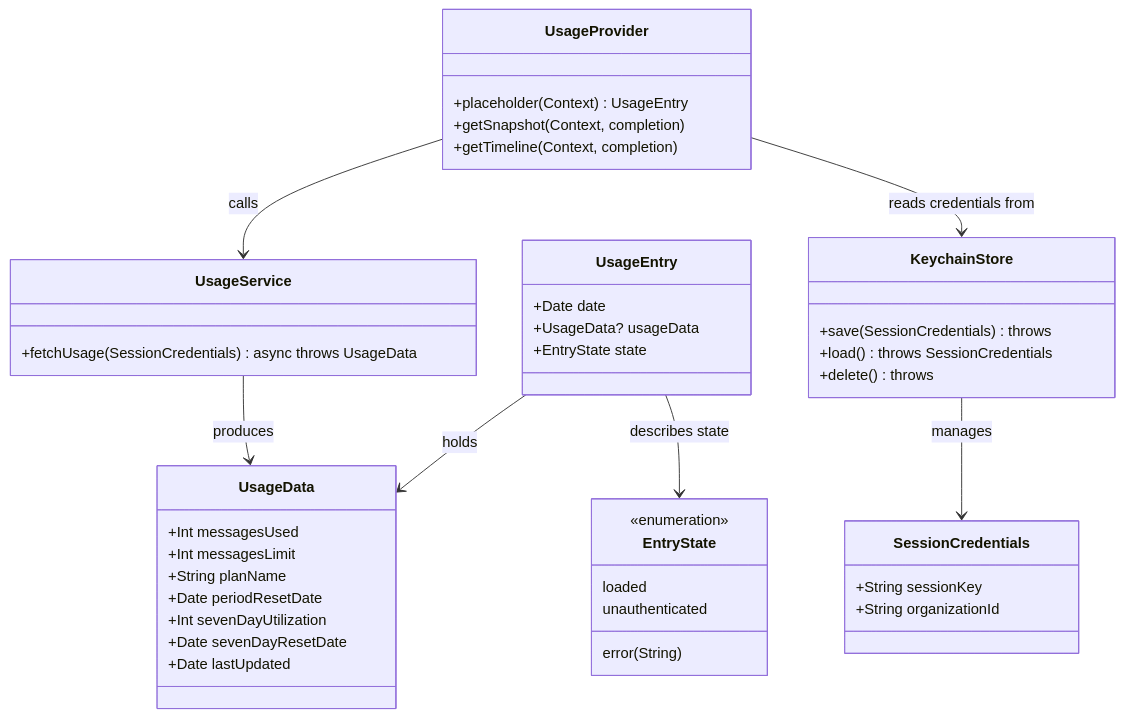
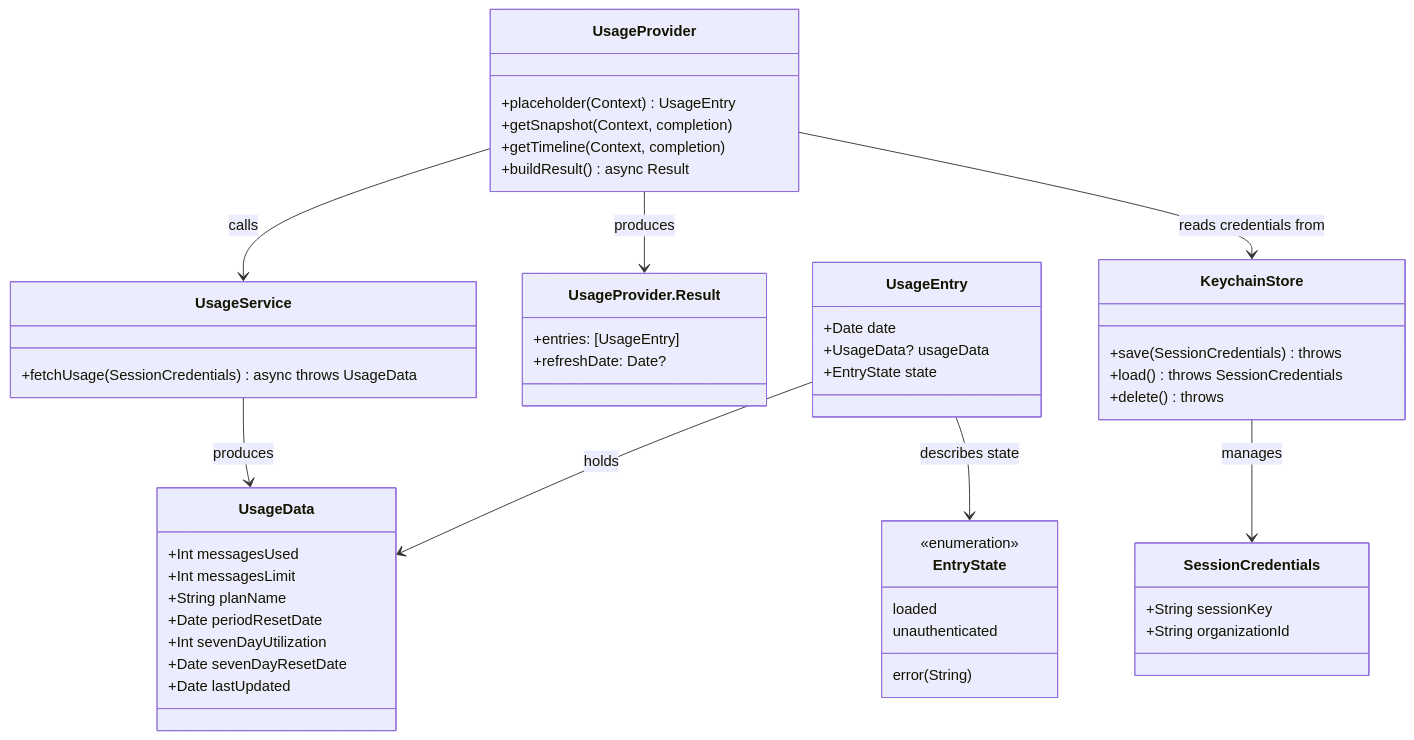
One commit to sergei-matheson/claude-usage-widget changed the diagram in spdd/prompt/GGQPA-XXX-202605221558-[Feat]-widget-claude-usage-macos-widgetkit.md. Above: the diagram before and after it, drawn with Mermaid. The commit also changed other lines of this file, not shown here.

````diff
--- a/spdd/prompt/GGQPA-XXX-202605221558-[Feat]-widget-claude-usage-macos-widgetkit.md
+++ b/spdd/prompt/GGQPA-XXX-202605221558-[Feat]-widget-claude-usage-macos-widgetkit.md
@@ -7,55 +7,62 @@
 ```mermaid
 classDiagram
 direction TB
 
 class UsageData {
     +Int messagesUsed
     +Int messagesLimit
     +String planName
     +Date periodResetDate
     +Int sevenDayUtilization
     +Date sevenDayResetDate
     +Date lastUpdated
 }
 
 class UsageEntry {
     +Date date
     +UsageData? usageData
     +EntryState state
 }
 
 class EntryState {
     <<enumeration>>
     loaded
     unauthenticated
     error(String)
 }
 
 class SessionCredentials {
     +String sessionKey
     +String organizationId
 }
 
 class UsageProvider {
     +placeholder(Context) UsageEntry
     +getSnapshot(Context, completion)
     +getTimeline(Context, completion)
+    +buildResult() async Result
+}
+
+class `UsageProvider.Result` {
+    +entries: [UsageEntry]
+    +refreshDate: Date?
 }
 
 class UsageService {
     +fetchUsage(SessionCredentials) async throws UsageData
 }
 
 class KeychainStore {
     +save(SessionCredentials) throws
     +load() throws SessionCredentials
     +delete() throws
 }
 
 UsageEntry --> UsageData : holds
 UsageEntry --> EntryState : describes state
 UsageProvider --> UsageService : calls
 UsageProvider --> KeychainStore : reads credentials from
+UsageProvider --> `UsageProvider.Result` : produces
 UsageService --> UsageData : produces
 KeychainStore --> SessionCredentials : manages
 ```
````
